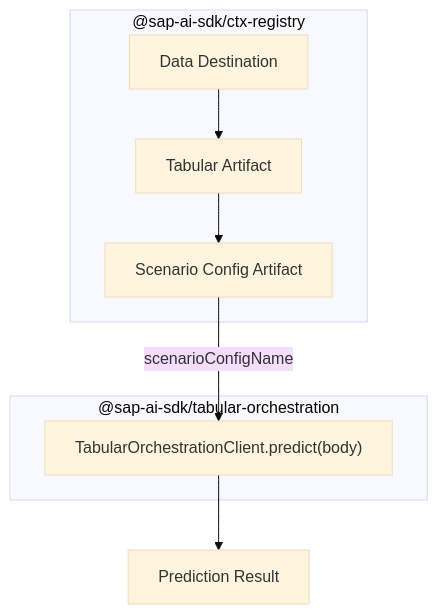
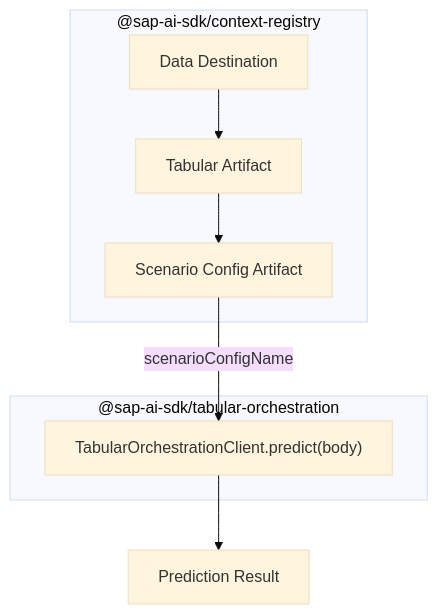
Before and after one commit to SAP/ai-sdk-js: the diagram in adr/009-tabular-orchestration-release-strategy.md, drawn with Mermaid (base theme). The commit also changed 131 other files, not shown here.

````diff
--- a/adr/009-tabular-orchestration-release-strategy.md
+++ b/adr/009-tabular-orchestration-release-strategy.md
@@ -18,16 +18,16 @@
 ```mermaid
 flowchart TD
-    subgraph ctx ["@sap-ai-sdk/ctx-registry"]
+    subgraph ctx ["@sap-ai-sdk/context-registry"]
         DD[Data Destination]
         TA[Tabular Artifact]
         SC[Scenario Config Artifact]
         DD --> TA --> SC
     end
 
     subgraph pred ["@sap-ai-sdk/tabular-orchestration"]
         PC["TabularOrchestrationClient.predict(body)"]
     end
 
     SC -- scenarioConfigName --> PC
     PC --> Result[Prediction Result]
 ```
````
